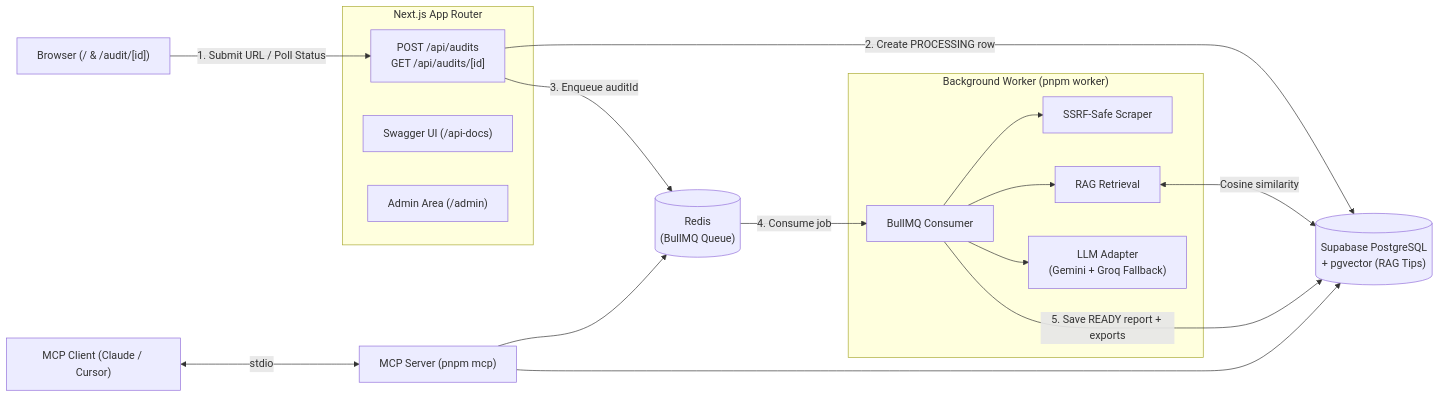
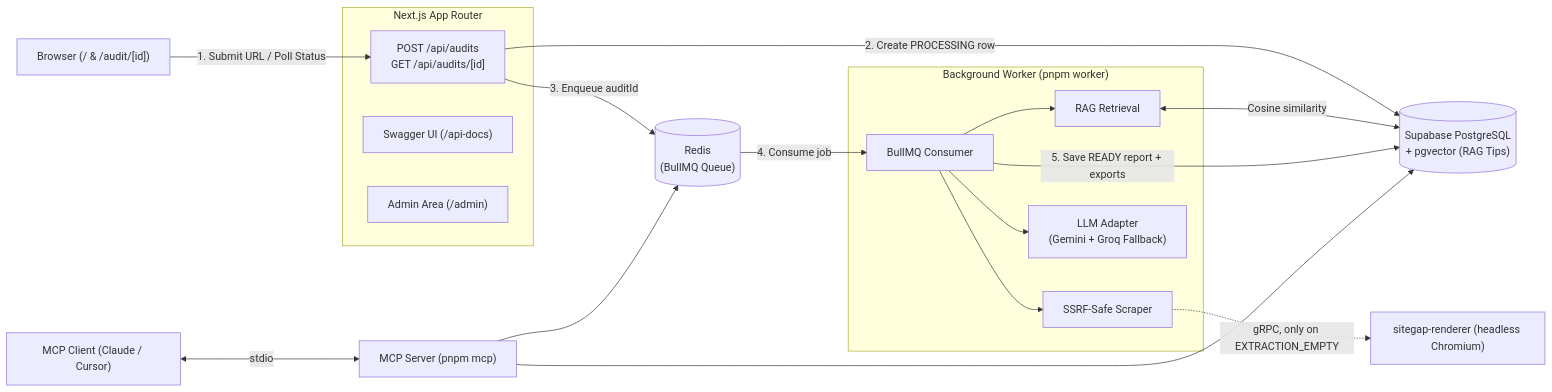
One commit to Luxion07/sitegap-ai changed the diagram in README.md. Above: the diagram before and after it, drawn with Mermaid. The commit also changed 1 other file, not shown here.

Commit message:
docs: bring the audit diagrams up to date
The audit sequence diagram still showed the Go worker spike pulling
jobs with BLPOP, although Phase 9 shipped a TypeScript BullMQ worker,
and it skipped the RAG step. Neither it nor the README diagram showed
the renderer fallback added in Phase 12. Readers start from these
diagrams, so they should match the code.

````diff
--- a/README.md
+++ b/README.md
@@ -60,36 +60,38 @@
 ```mermaid
 flowchart LR
     Browser["Browser (/ & /audit/[id])"]
     McpClient["MCP Client (Claude / Cursor)"]
 
     subgraph NextApp["Next.js App Router"]
         ApiAudits["POST /api/audits\nGET /api/audits/[id]"]
         SwaggerUI["Swagger UI (/api-docs)"]
         AdminUI["Admin Area (/admin)"]
     end
 
     Redis[("Redis\n(BullMQ Queue)")]
     Postgres[("Supabase PostgreSQL\n+ pgvector (RAG Tips)")]
 
     subgraph Worker["Background Worker (pnpm worker)"]
         Consumer["BullMQ Consumer"]
         Scraper["SSRF-Safe Scraper"]
         Rag["RAG Retrieval"]
         LlmAdapter["LLM Adapter\n(Gemini + Groq Fallback)"]
     end
 
     McpServer["MCP Server (pnpm mcp)"]
+    Renderer["sitegap-renderer (headless Chromium)"]
 
     Browser -->|"1. Submit URL / Poll Status"| ApiAudits
     ApiAudits -->|"2. Create PROCESSING row"| Postgres
     ApiAudits -->|"3. Enqueue auditId"| Redis
     Redis -->|"4. Consume job"| Consumer
     Consumer --> Scraper
+    Scraper -.->|"gRPC, only on EXTRACTION_EMPTY"| Renderer
     Consumer --> Rag
     Rag <-->|"Cosine similarity"| Postgres
     Consumer --> LlmAdapter
     Consumer -->|"5. Save READY report + exports"| Postgres
     McpClient <-->|"stdio"| McpServer
     McpServer --> Postgres
     McpServer --> Redis
 ```
````
